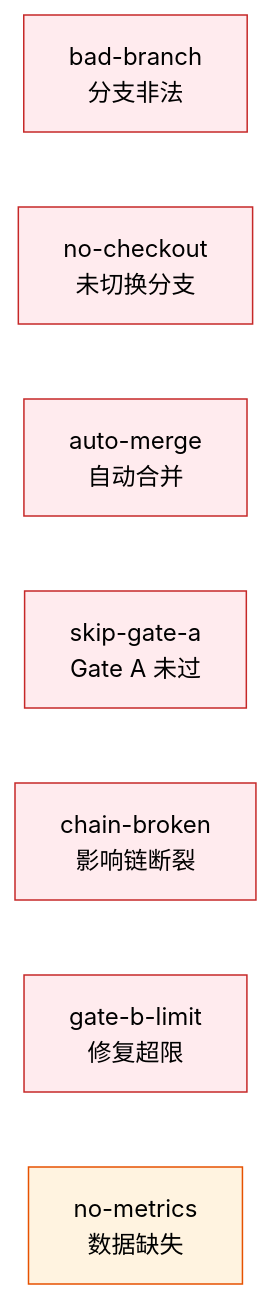
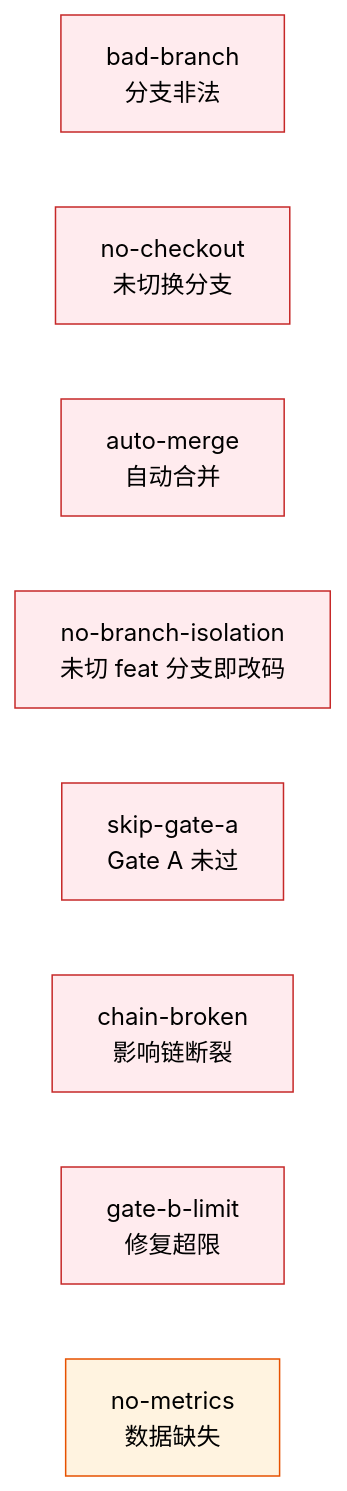
Before and after one commit to effiy/YrY: the ninth of 10 diagrams in rules/code-pipeline.md, drawn with Mermaid (neutral theme). The commit also changed other lines of this file and 9 other files, not shown here.

````diff
--- a/rules/code-pipeline.md
+++ b/rules/code-pipeline.md
@@ -207,13 +234,14 @@
 ```mermaid
 flowchart LR
     B1["bad-branch<br/>分支非法"]:::block
     B2["no-checkout<br/>未切换分支"]:::block
     B3["auto-merge<br/>自动合并"]:::block
+    B0["no-branch-isolation<br/>未切 feat 分支即改码"]:::block
     B4["skip-gate-a<br/>Gate A 未过"]:::block
     B5["chain-broken<br/>影响链断裂"]:::block
     B6["gate-b-limit<br/>修复超限"]:::block
     B7["no-metrics<br/>数据缺失"]:::warn
 
     classDef block fill:#ffebee,stroke:#c62828;
     classDef warn fill:#fff3e0,stroke:#e65100;
 ```
````
